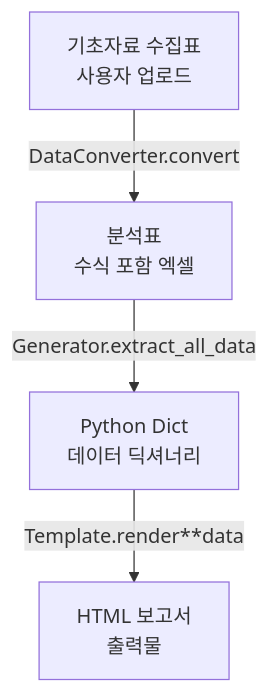
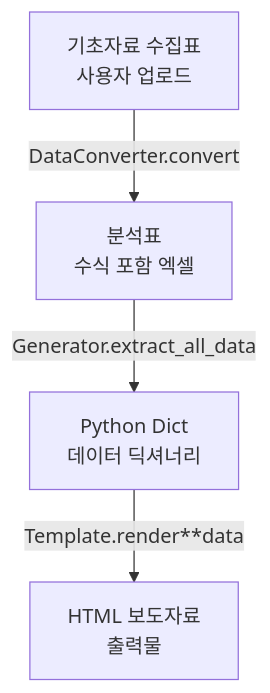
Before and after one commit to rattopos/capstone: the third of 3 diagrams in docs/presentation/module_explanation.md, drawn with Mermaid. The commit also changed other lines of this file and 89 other files, not shown here.

````diff
--- a/docs/presentation/module_explanation.md
+++ b/docs/presentation/module_explanation.md
@@ -438,6 +438,6 @@
 ```mermaid
 flowchart TD
     A[기초자료 수집표<br/>사용자 업로드] -->|DataConverter.convert| B[분석표<br/>수식 포함 엑셀]
     B -->|Generator.extract_all_data| C[Python Dict<br/>데이터 딕셔너리]
-    C -->|Template.render**data| D[HTML 보고서<br/>출력물]
+    C -->|Template.render**data| D[HTML 보도자료<br/>출력물]
 ```
````
